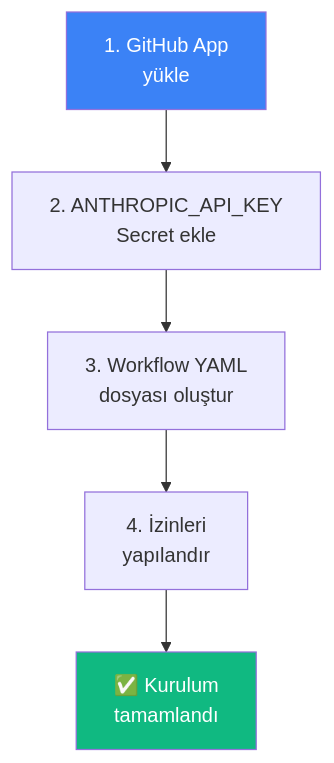
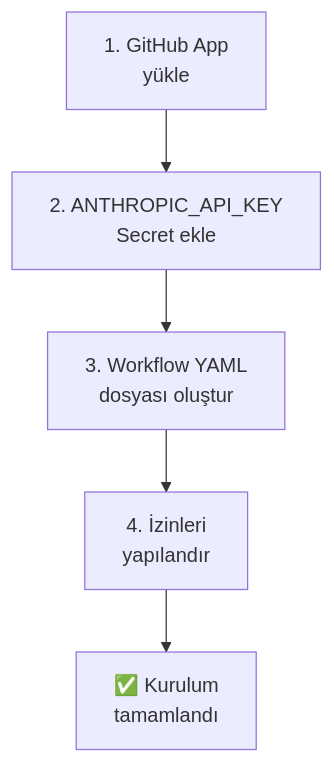
The second of 5 diagrams in 16-cicd-ve-devops/01-github-actions.md (IzzetYasinAtes/ClaudeCodeHandbook), drawn with Mermaid before and after one commit. The commit also changed other lines of this file and 97 other files, not shown here.

Commit message:
Remove all custom Mermaid style/fill colors from 98 markdown files for consistent dark theme rendering

````diff
--- a/16-cicd-ve-devops/01-github-actions.md
+++ b/16-cicd-ve-devops/01-github-actions.md
@@ -66,10 +64,8 @@
 ```mermaid
 flowchart TB
     A["1. GitHub App<br/>yükle"] --> B["2. ANTHROPIC_API_KEY<br/>Secret ekle"]
     B --> C["3. Workflow YAML<br/>dosyası oluştur"]
     C --> D["4. İzinleri<br/>yapılandır"]
     D --> E["✅ Kurulum<br/>tamamlandı"]
 
-    style A fill:#3B82F6,color:#fff
-    style E fill:#10B981,color:#fff
 ```
````
